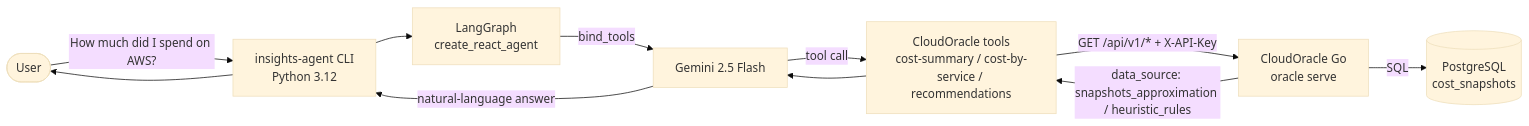
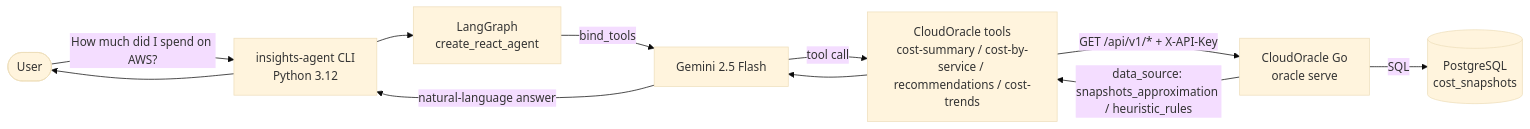
One commit to Cro22/CloudOracle changed the diagram in README.md. Above: the diagram before and after it, drawn with Mermaid (base theme). The commit also changed other lines of this file and 6 other files, not shown here.

First line of the commit message:
feat(insights-agent): cost-trends tool + /api/v1/cost-trends endpoint

````diff
--- a/README.md
+++ b/README.md
@@ -18,13 +18,13 @@
 ```mermaid
 flowchart LR
     U([User]) -->|"How much did I spend on AWS?"| CLI[insights-agent CLI<br/>Python 3.12]
     CLI --> G[LangGraph<br/>create_react_agent]
     G -->|"bind_tools"| LLM[Gemini 2.5 Flash]
-    LLM -->|"tool call"| T[CloudOracle tools<br/>cost-summary / cost-by-service / recommendations]
+    LLM -->|"tool call"| T[CloudOracle tools<br/>cost-summary / cost-by-service / recommendations / cost-trends]
     T -->|"GET /api/v1/* + X-API-Key"| GO[CloudOracle Go<br/>oracle serve]
     GO -->|"SQL"| DB[(PostgreSQL<br/>cost_snapshots)]
     GO -->|"data_source: snapshots_approximation / heuristic_rules"| T
     T --> LLM
     LLM -->|"natural-language answer"| CLI
     CLI --> U
 ```
````
